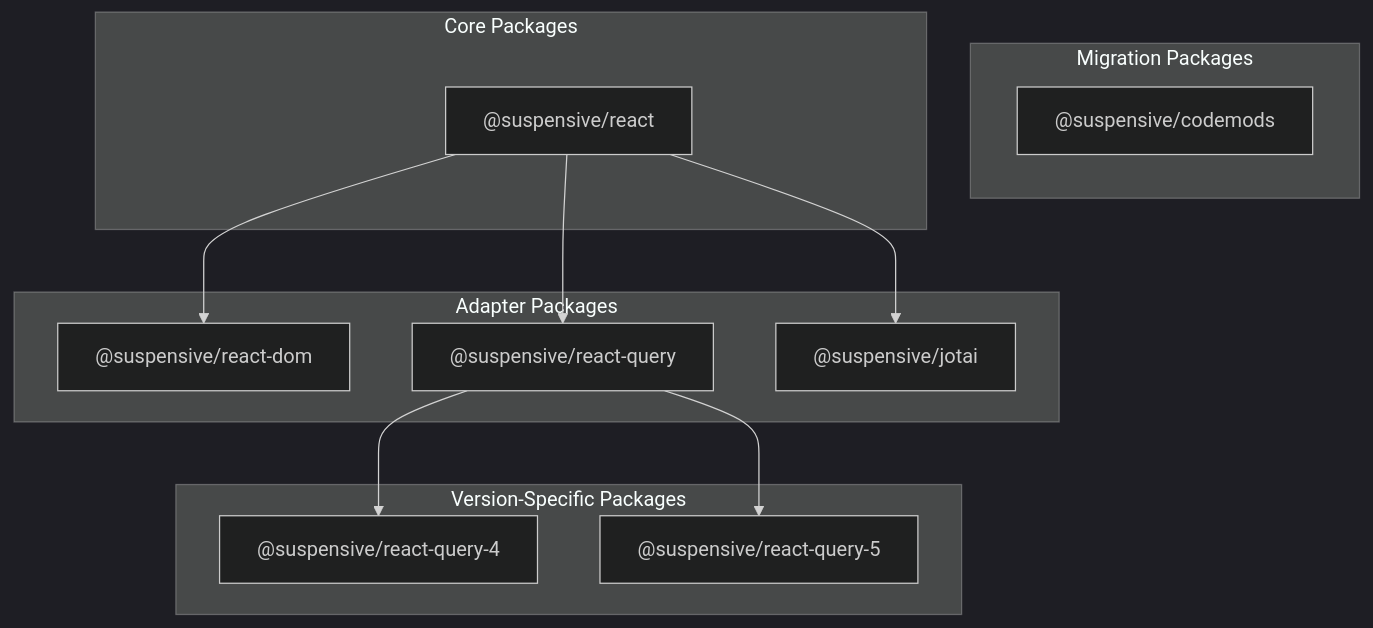
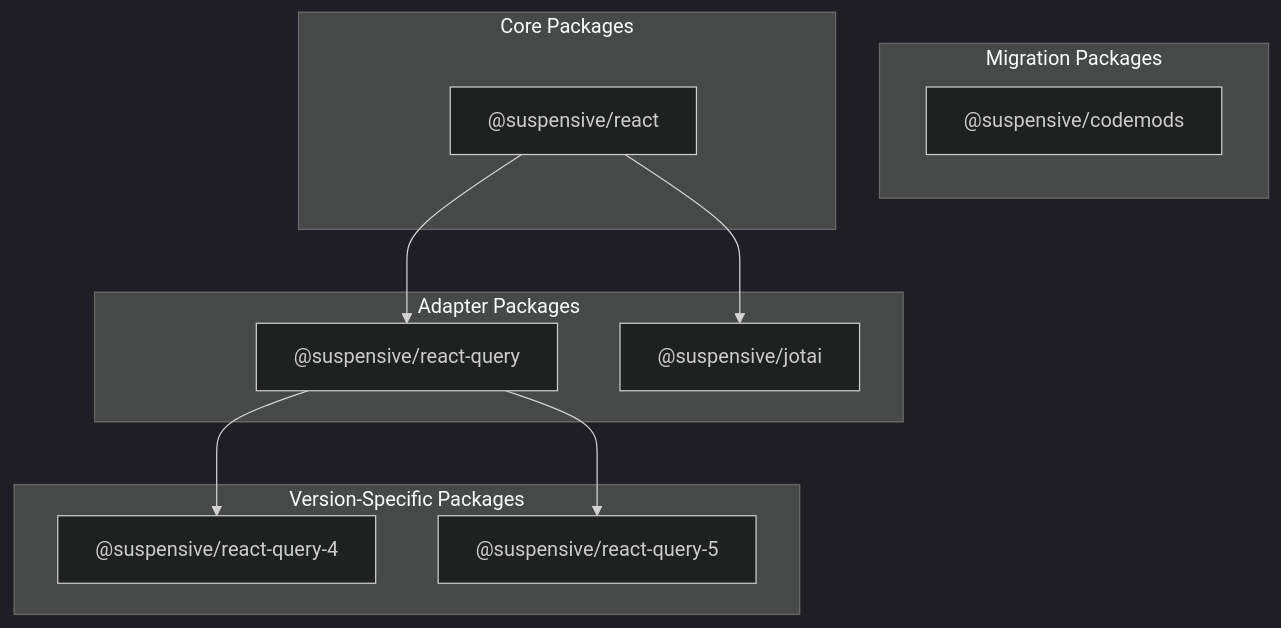
The first of 3 diagrams in docs/suspensive.org/src/content/en/docs/introduction.mdx (toss/suspensive), drawn with Mermaid (dark theme) before and after one commit. The commit also changed other lines of this file and 20 other files, not shown here.

Commit message:
docs(suspensive.org): remove @suspensive/react-dom references (#1830)

````diff
--- a/docs/suspensive.org/src/content/en/docs/introduction.mdx
+++ b/docs/suspensive.org/src/content/en/docs/introduction.mdx
@@ -24,24 +24,22 @@
 ```mermaid
 graph TD;
     subgraph DD ["Migration Packages"]
         E["@suspensive/codemods"]
     end
     subgraph AA ["Core Packages"]
         A["@suspensive/react"]
     end
     subgraph BB ["Adapter Packages"]
-        B["@suspensive/react-dom"]
         C["@suspensive/react-query"]
         D["@suspensive/jotai"]
     end
     subgraph CC ["Version-Specific Packages"]
         F["@suspensive/react-query-4"]
         G["@suspensive/react-query-5"]
     end
 
-    A --> B
     A --> C
     A --> D
     C --> F
     C --> G
 ```
````
